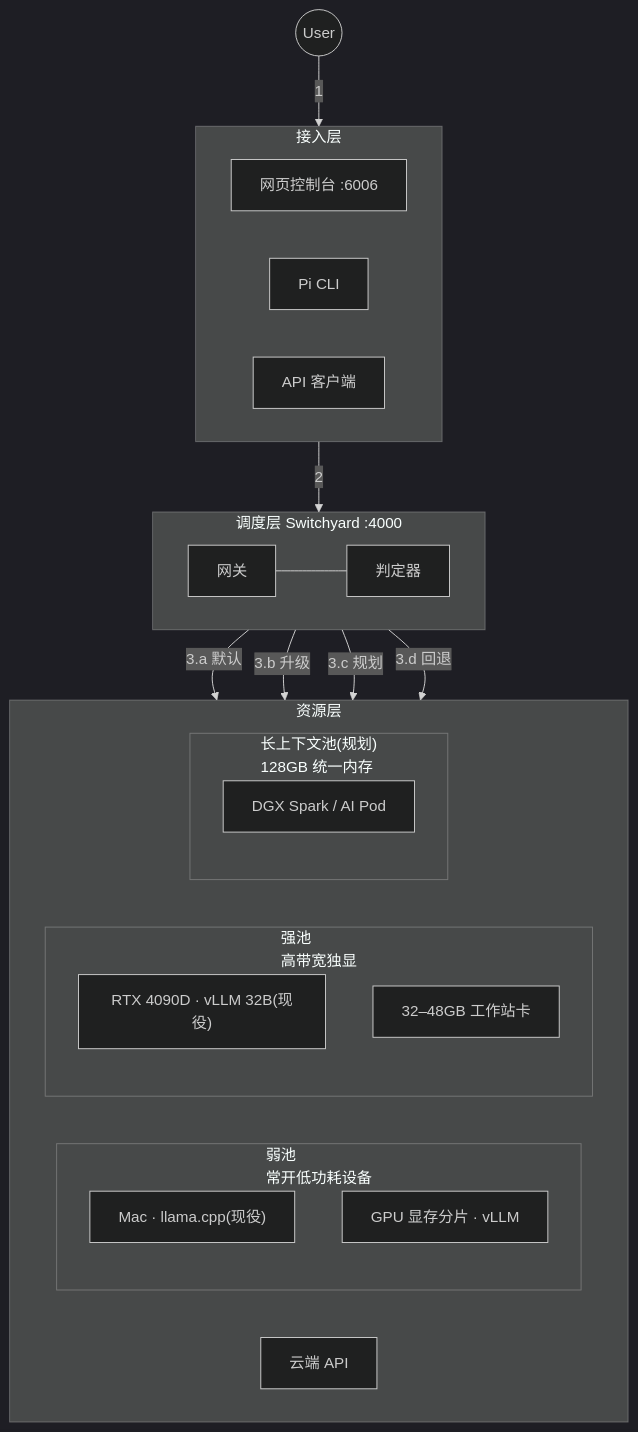
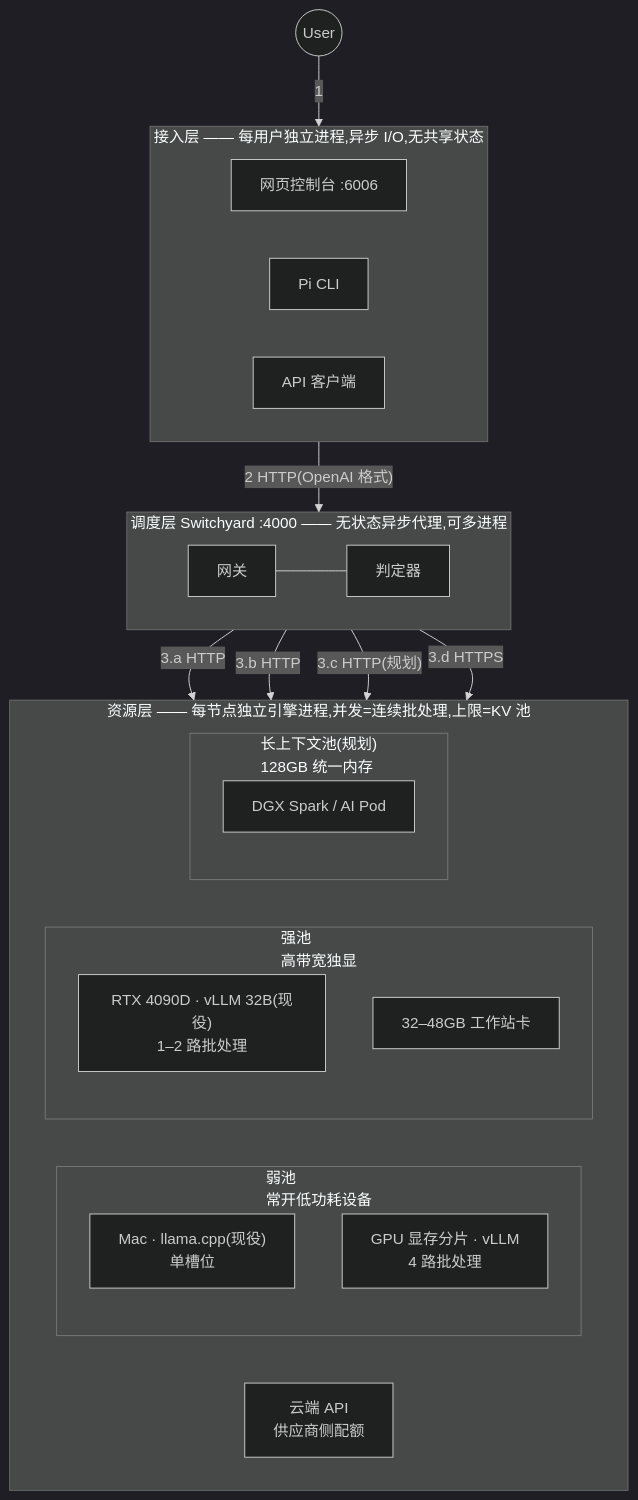
One commit to murphyren225/local_infer changed the first of 2 diagrams in docs/design.md. Above: the diagram before and after it, drawn with Mermaid (dark theme). The commit also changed other lines of this file, not shown here.

Commit message:
docs(design): 架构图标注各层并发模型与层间 HTTP 边;新增层间隔离表; §8.1 扩为监控体系(指标/探测/告警三张表,含 vLLM /metrics 与 Grafana 目标形态)

````diff
--- a/docs/design.md
+++ b/docs/design.md
@@ -38,36 +38,36 @@
 ```mermaid
 flowchart TD
     U(("User")) -- "1" --> ACCESS
-    subgraph ACCESS["接入层"]
+    subgraph ACCESS["接入层 —— 每用户独立进程,异步 I/O,无共享状态"]
         direction LR
         W1["网页控制台 :6006"]
         W2["Pi CLI"]
         W3["API 客户端"]
     end
-    ACCESS -- "2" --> G
-    subgraph G["调度层 Switchyard :4000"]
+    ACCESS -- "2  HTTP(OpenAI 格式)" --> G
+    subgraph G["调度层 Switchyard :4000 —— 无状态异步代理,可多进程"]
         direction LR
         GW["网关"]
         JD["判定器"]
         GW --- JD
     end
-    G -- "3.a 默认" --> WPOOL
-    G -- "3.b 升级" --> SPOOL
-    G -- "3.c 规划" --> LPOOL
-    G -- "3.d 回退" --> CL
-    subgraph BOTTOM["资源层"]
+    G -- "3.a  HTTP" --> WPOOL
+    G -- "3.b  HTTP" --> SPOOL
+    G -- "3.c  HTTP(规划)" --> LPOOL
+    G -- "3.d  HTTPS" --> CL
+    subgraph BOTTOM["资源层 —— 每节点独立引擎进程,并发=连续批处理,上限=KV 池"]
         direction LR
         subgraph WPOOL["弱池<br/>常开低功耗设备"]
-            WH1["Mac · llama.cpp(现役)"]
-            WH2["GPU 显存分片 · vLLM"]
+            WH1["Mac · llama.cpp(现役)<br/>单槽位"]
+            WH2["GPU 显存分片 · vLLM<br/>4 路批处理"]
         end
         subgraph SPOOL["强池<br/>高带宽独显"]
-            SH1["RTX 4090D · vLLM 32B(现役)"]
+            SH1["RTX 4090D · vLLM 32B(现役)<br/>1–2 路批处理"]
             SH2["32–48GB 工作站卡"]
         end
         subgraph LPOOL["长上下文池(规划)<br/>128GB 统一内存"]
             LH1["DGX Spark / AI Pod"]
         end
-        CL["云端 API"]
+        CL["云端 API<br/>供应商侧配额"]
     end
 ```
````
